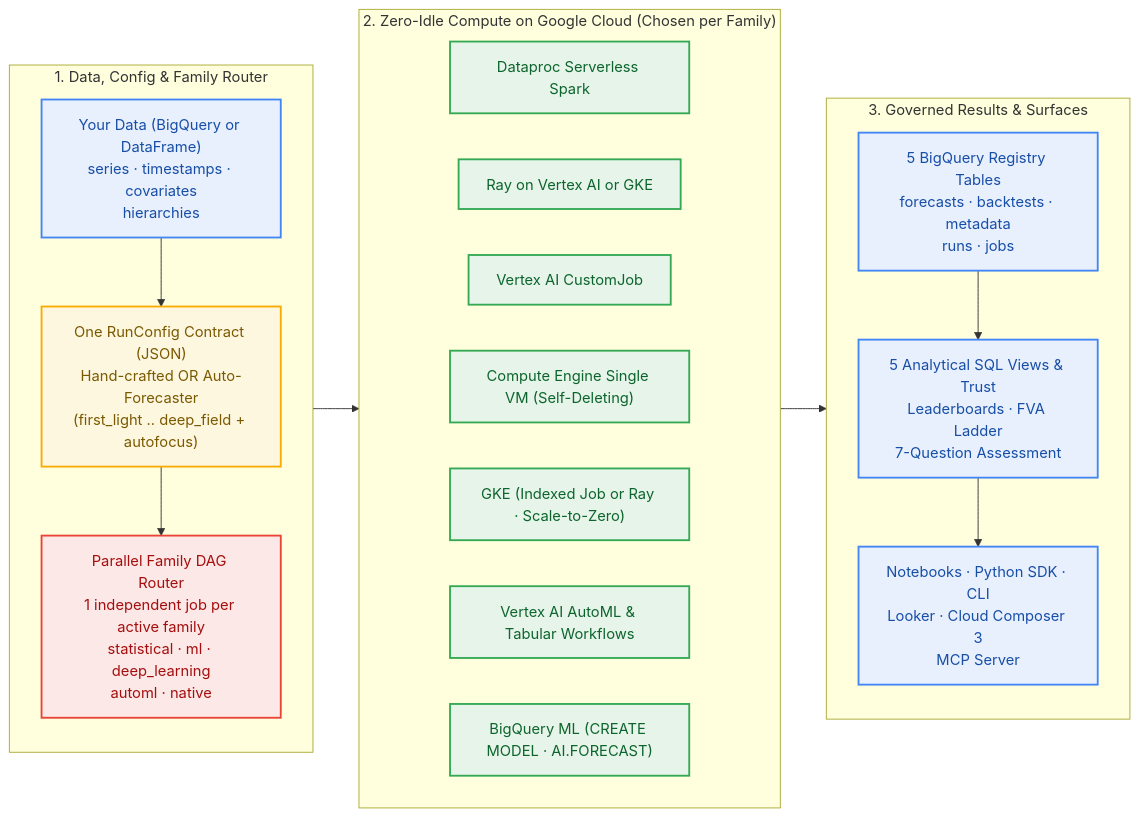
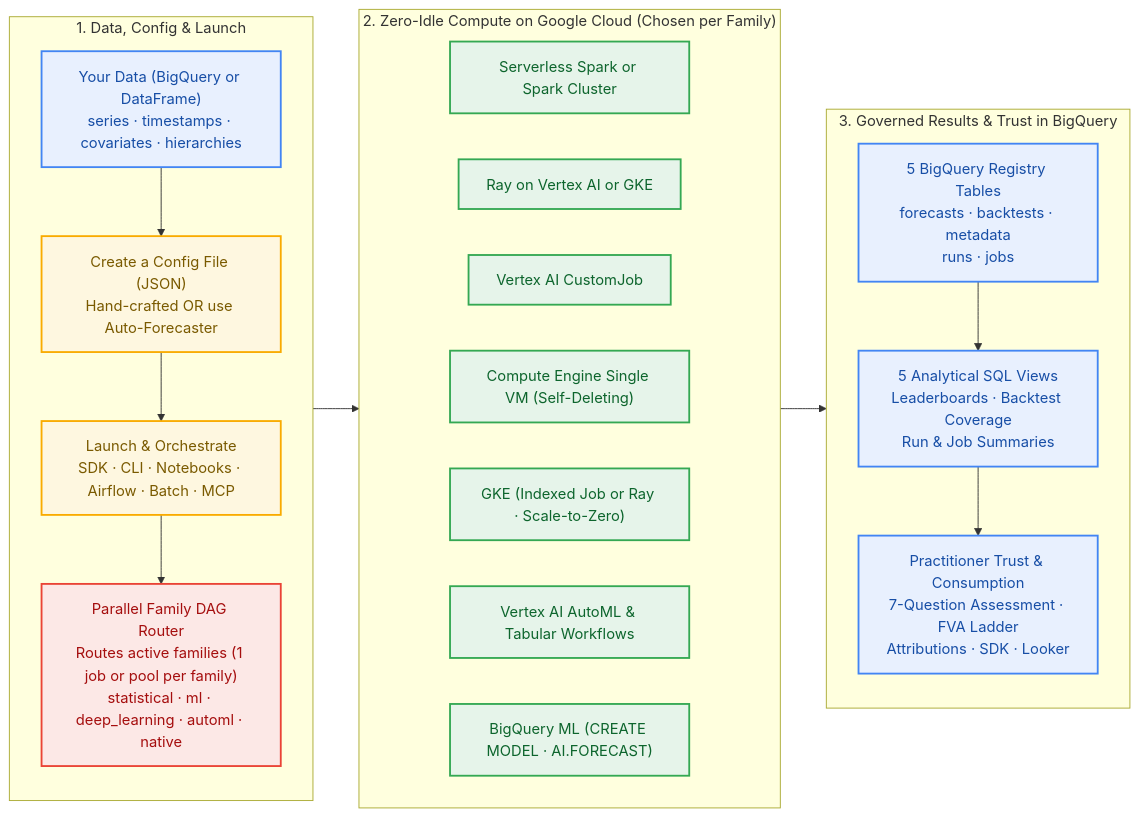
One commit to statmike/scale-forecasting changed the diagram in README.md. Above: the diagram before and after it, drawn with Mermaid. The commit also changed 3 other files, not shown here.

Commit message:
docs: refine hero Mermaid with Launch layer, simple Config node, and Serverless Spark / Spark Cluster

````diff
--- a/README.md
+++ b/README.md
@@ -17,38 +17,39 @@
 ```mermaid
 flowchart LR
-    subgraph PREP["1. Data, Config & Family Router"]
+    subgraph PREP["1. Data, Config & Launch"]
         direction TB
-        SRC["Your Data (BigQuery or DataFrame)<br/>series · timestamps · covariates<br/>hierarchies"]
-        CFG["One RunConfig Contract (JSON)<br/>Hand-crafted OR Auto-Forecaster<br/>(first_light .. deep_field + autofocus)"]
-        R["Parallel Family DAG Router<br/>1 independent job per active family<br/>statistical · ml · deep_learning<br/>automl · native"]
-        SRC --> CFG --> R
+        SRC["Your Data (BigQuery or DataFrame)<br/>series · timestamps · covariates · hierarchies"]
+        CFG["Create a Config File (JSON)<br/>Hand-crafted OR use Auto-Forecaster"]
+        LAUNCH["Launch & Orchestrate<br/>SDK · CLI · Notebooks · Airflow · Batch · MCP"]
+        R["Parallel Family DAG Router<br/>Routes active families (1 job or pool per family)<br/>statistical · ml · deep_learning · automl · native"]
+        SRC --> CFG --> LAUNCH --> R
     end
     subgraph RUN["2. Zero-Idle Compute on Google Cloud (Chosen per Family)"]
         direction LR
-        S["Dataproc Serverless Spark"]
+        S["Serverless Spark or Spark Cluster"]
         RY["Ray on Vertex AI or GKE"]
         V["Vertex AI CustomJob"]
         G["Compute Engine Single VM (Self-Deleting)"]
         K["GKE (Indexed Job or Ray · Scale-to-Zero)"]
         A["Vertex AI AutoML & Tabular Workflows"]
         B["BigQuery ML (CREATE MODEL · AI.FORECAST)"]
     end
-    subgraph OUT["3. Governed Results & Surfaces"]
+    subgraph OUT["3. Governed Results & Trust in BigQuery"]
         direction TB
         REG["5 BigQuery Registry Tables<br/>forecasts · backtests · metadata<br/>runs · jobs"]
-        VIEWS["5 Analytical SQL Views & Trust<br/>Leaderboards · FVA Ladder<br/>7-Question Assessment"]
-        USE["Notebooks · Python SDK · CLI<br/>Looker · Cloud Composer 3<br/>MCP Server"]
+        VIEWS["5 Analytical SQL Views<br/>Leaderboards · Backtest Coverage<br/>Run & Job Summaries"]
+        USE["Practitioner Trust & Consumption<br/>7-Question Assessment · FVA Ladder<br/>Attributions · SDK · Looker"]
         REG --> VIEWS --> USE
     end
 
     PREP --> RUN --> OUT
 
     classDef data fill:#E8F0FE,stroke:#4285F4,stroke-width:2px,color:#174EA6
     classDef config fill:#FEF7E0,stroke:#F9AB00,stroke-width:2px,color:#7A5A00
     classDef route fill:#FCE8E6,stroke:#EA4335,stroke-width:2px,color:#A50E0E
     classDef compute fill:#E6F4EA,stroke:#34A853,stroke-width:2px,color:#0D652D
     class SRC,REG,VIEWS,USE data
-    class CFG config
+    class CFG,LAUNCH config
     class R route
     class S,RY,V,G,K,A,B compute
 ```
````
